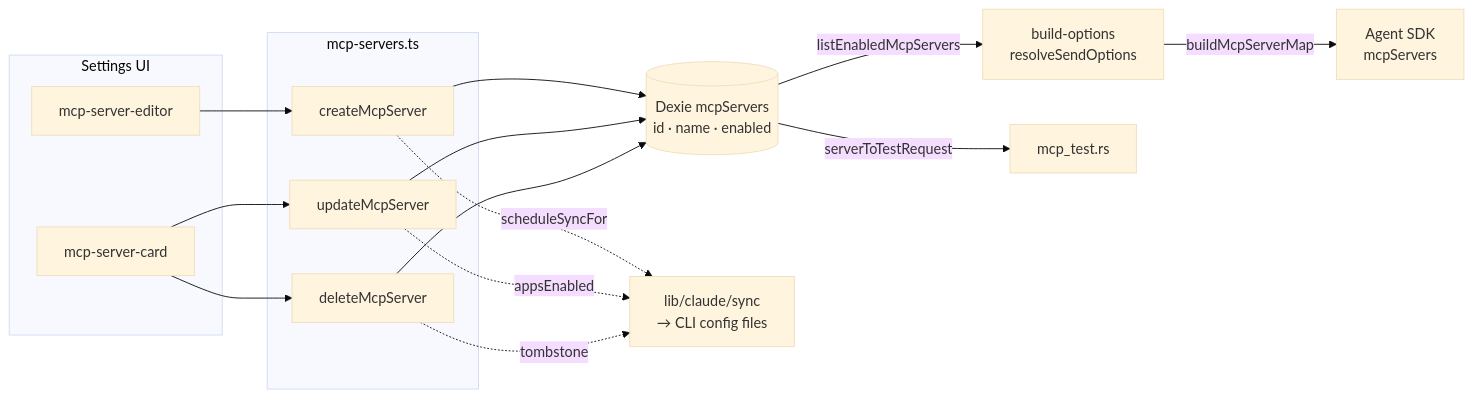
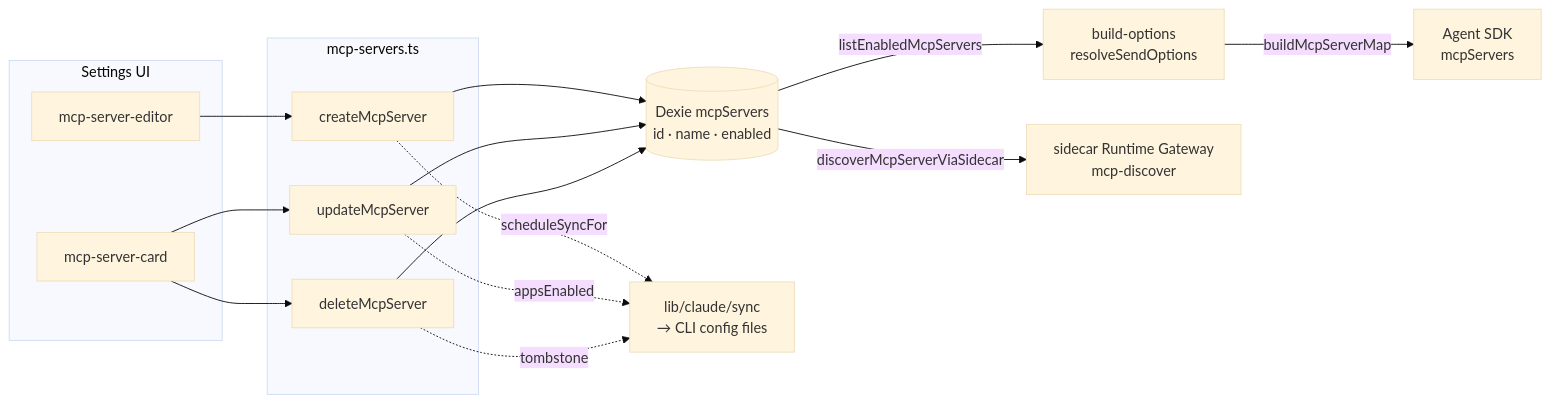
Before and after one commit to MaxQian888/cognia-next: the diagram in docs/content/docs/en/subsystems/mcp/server-config.mdx, drawn with Mermaid (base theme). The commit also changed other lines of this file and 53 other files, not shown here.

Commit message:
docs: synchronize architecture and API references

````diff
--- a/docs/content/docs/en/subsystems/mcp/server-config.mdx
+++ b/docs/content/docs/en/subsystems/mcp/server-config.mdx
@@ -191,30 +181,30 @@
 ```mermaid
 flowchart LR
   subgraph UI["Settings UI"]
     Editor["mcp-server-editor"]
     Card["mcp-server-card"]
   end
 
   subgraph CRUD["mcp-servers.ts"]
     Create["createMcpServer"]
     Update["updateMcpServer"]
     Delete["deleteMcpServer"]
   end
 
   Table[("Dexie mcpServers<br/>id · name · enabled")]
 
   Editor --> Create
   Card --> Update
   Card --> Delete
   Create --> Table
   Update --> Table
   Delete --> Table
 
   Create -.scheduleSyncFor.-> Sync["lib/claude/sync<br/>→ CLI config files"]
   Update -.->|appsEnabled| Sync
   Delete -.tombstone.-> Sync
 
   Table -->|listEnabledMcpServers| Resolve["build-options<br/>resolveSendOptions"]
   Resolve -->|buildMcpServerMap| SDK["Agent SDK<br/>mcpServers"]
-  Table -->|serverToTestRequest| Probe["mcp_test.rs"]
+  Table -->|discoverMcpServerViaSidecar| Gateway["sidecar Runtime Gateway<br/>mcp-discover"]
 ```
````
